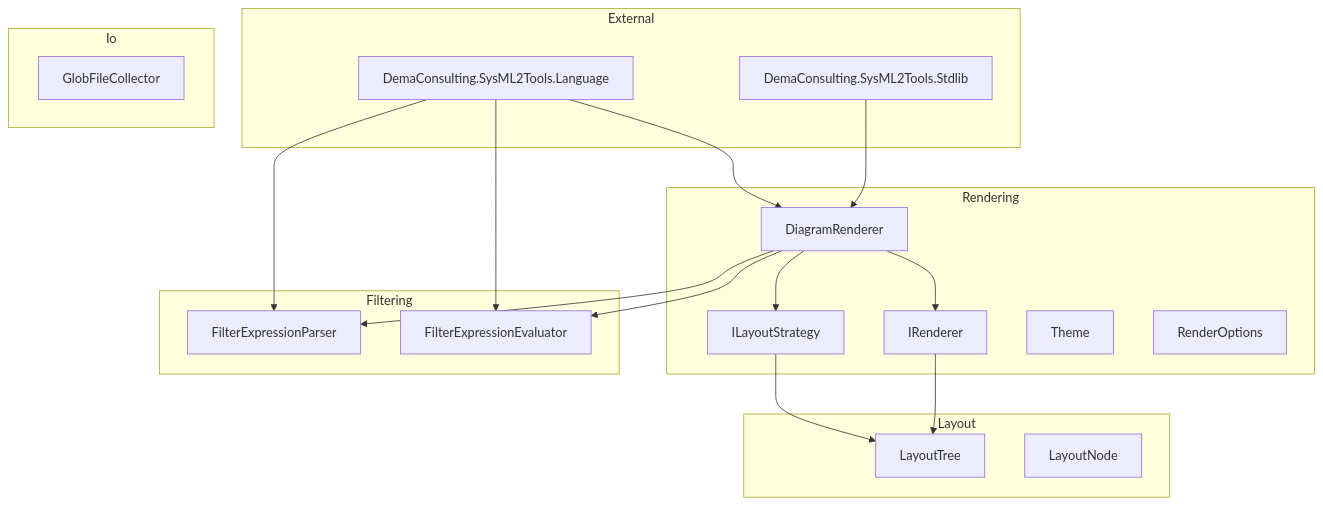
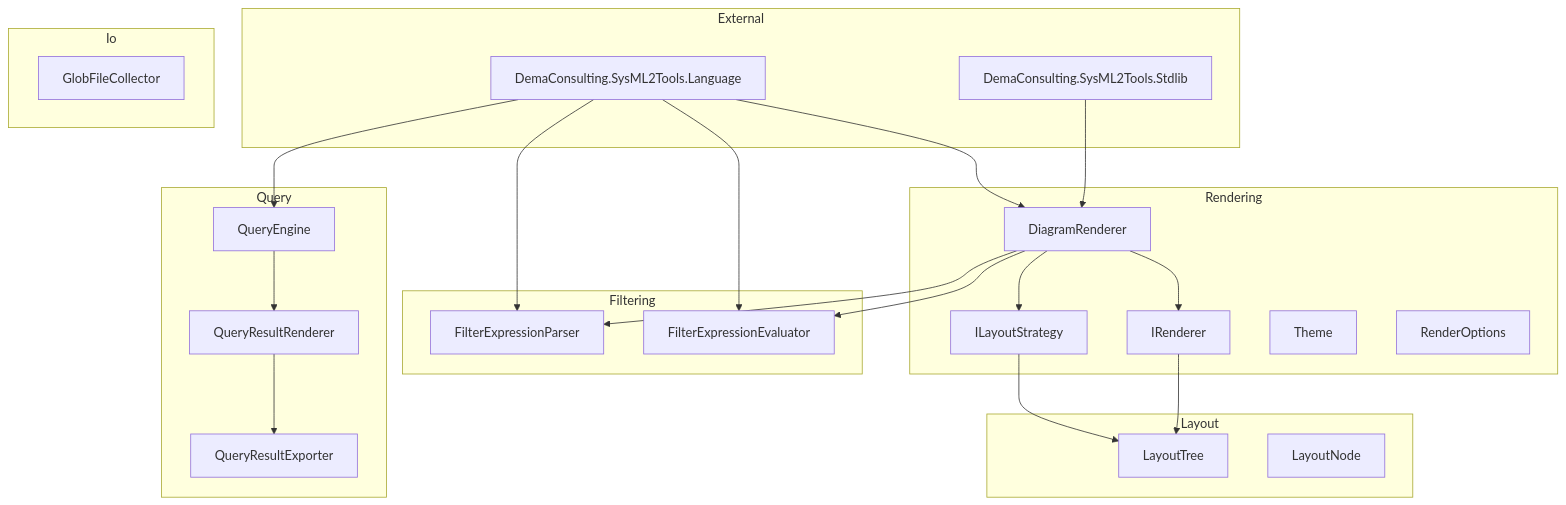
The diagram in docs/design/sysml2-tools-core.md (demaconsulting/SysML2Tools), drawn with Mermaid before and after one commit. The commit also changed other lines of this file and 49 other files, not shown here.

First line of the commit message:
Promote Query Engine to Core as Public API and Update Documentation (#49)

````diff
--- a/docs/design/sysml2-tools-core.md
+++ b/docs/design/sysml2-tools-core.md
@@ -23,35 +27,43 @@
 ```mermaid
 flowchart TD
     subgraph External
         Language["DemaConsulting.SysML2Tools.Language"]
         Stdlib["DemaConsulting.SysML2Tools.Stdlib"]
     end
     subgraph Filtering
         FilterExpressionParser
         FilterExpressionEvaluator
     end
     subgraph Layout
         LayoutTree
         LayoutNode
     end
     subgraph Rendering
         DiagramRenderer
         ILayoutStrategy
         IRenderer
         Theme
         RenderOptions
     end
+    subgraph Query
+        QueryEngine
+        QueryResultRenderer
+        QueryResultExporter
+    end
     subgraph Io
         GlobFileCollector
     end
     Language --> FilterExpressionParser
     Language --> FilterExpressionEvaluator
     Language --> DiagramRenderer
+    Language --> QueryEngine
     Stdlib --> DiagramRenderer
+    QueryEngine --> QueryResultRenderer
+    QueryResultRenderer --> QueryResultExporter
     DiagramRenderer --> FilterExpressionParser
     DiagramRenderer --> FilterExpressionEvaluator
     DiagramRenderer --> ILayoutStrategy
     DiagramRenderer --> IRenderer
     ILayoutStrategy --> LayoutTree
     IRenderer --> LayoutTree
 ```
````
